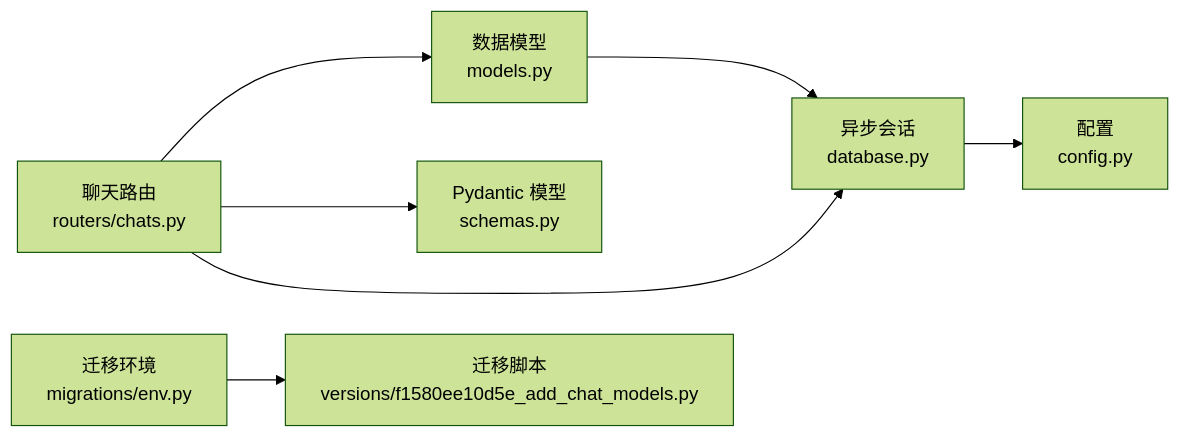
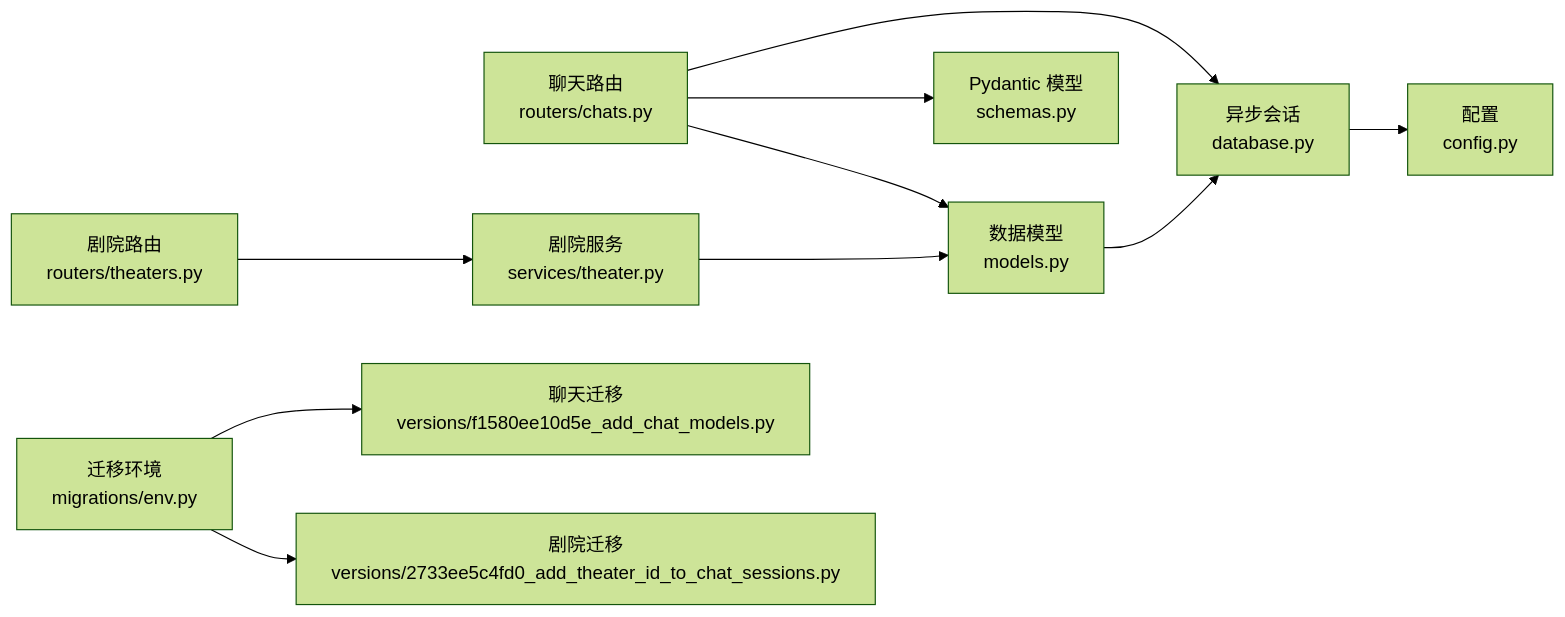
The fourth of 4 diagrams in .qoder/repowiki/zh/content/数据库设计/聊天系统数据模型.md (KunLabAI/KunFlix), drawn with Mermaid (forest theme) before and after one commit. The commit also changed other lines of this file and 11 other files, not shown here.

````diff
--- a/.qoder/repowiki/zh/content/数据库设计/聊天系统数据模型.md
+++ b/.qoder/repowiki/zh/content/数据库设计/聊天系统数据模型.md
@@ -290,9 +388,12 @@
 ```mermaid
 graph LR
-ROUTER["聊天路由<br/>routers/chats.py"] --> MODELS["数据模型<br/>models.py"]
-ROUTER --> SCHEMAS["Pydantic 模型<br/>schemas.py"]
-ROUTER --> DB["异步会话<br/>database.py"]
+CHAT_ROUTER["聊天路由<br/>routers/chats.py"] --> MODELS["数据模型<br/>models.py"]
+CHAT_ROUTER --> SCHEMAS["Pydantic 模型<br/>schemas.py"]
+CHAT_ROUTER --> DB["异步会话<br/>database.py"]
+THEATER_ROUTER["剧院路由<br/>routers/theaters.py"] --> THEATER_SERVICE["剧院服务<br/>services/theater.py"]
+THEATER_SERVICE --> MODELS
 MODELS --> DB
 DB --> CFG["配置<br/>config.py"]
-ALEMBIC["迁移环境<br/>migrations/env.py"] --> MIG["迁移脚本<br/>versions/f1580ee10d5e_add_chat_models.py"]
+ALEMBIC["迁移环境<br/>migrations/env.py"] --> MIG_CHAT["聊天迁移<br/>versions/f1580ee10d5e_add_chat_models.py"]
+ALEMBIC --> MIG_THEATER["剧院迁移<br/>versions/2733ee5c4fd0_add_theater_id_to_chat_sessions.py"]
 ```
````
